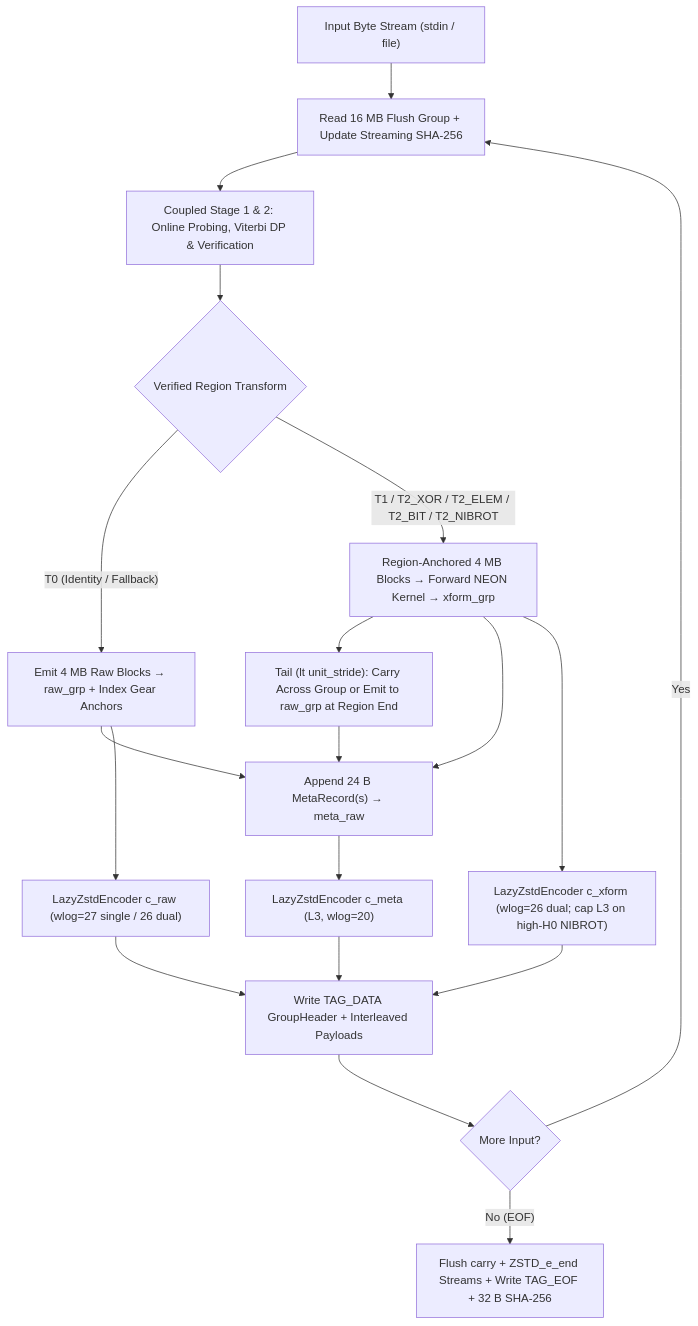
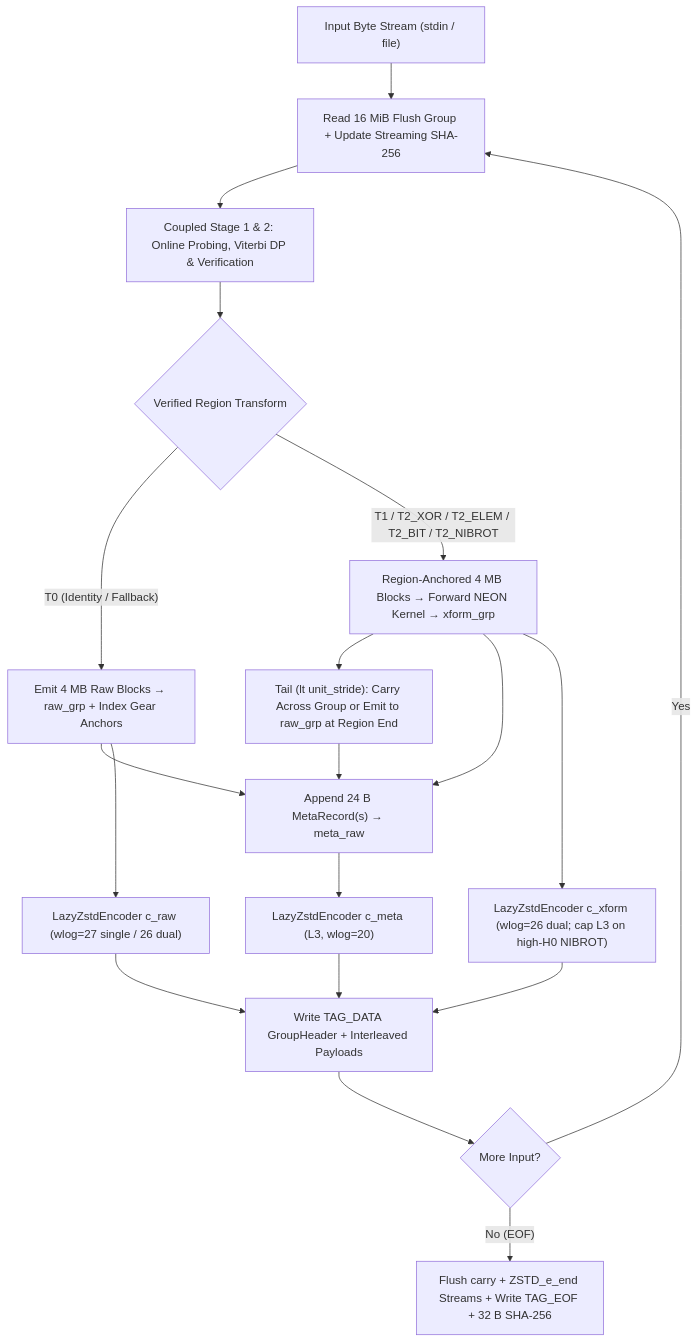
The first of 8 diagrams in ARCHITECTURE.md (austinjohnathand-code/asv4-compression), drawn with Mermaid before and after one commit. The commit also changed other lines of this file, not shown here.

Commit message:
Docs: 16 MiB flush-group labels in ARCHITECTURE.md Mermaid diagrams

````diff
--- a/ARCHITECTURE.md
+++ b/ARCHITECTURE.md
@@ -11,26 +11,26 @@
 ```mermaid
 flowchart TD
-    IN["Input Byte Stream (stdin / file)"] --> FG["Read 16 MB Flush Group + Update Streaming SHA-256"]
+    IN["Input Byte Stream (stdin / file)"] --> FG["Read 16 MiB Flush Group + Update Streaming SHA-256"]
     FG --> S12["Coupled Stage 1 & 2: Online Probing, Viterbi DP & Verification"]
 
     S12 --> REG{"Verified Region Transform"}
     REG -->|"T0 (Identity / Fallback)"| RAW_EMIT["Emit 4 MB Raw Blocks → raw_grp + Index Gear Anchors"]
     REG -->|"T1 / T2_XOR / T2_ELEM / T2_BIT / T2_NIBROT"| XF_EMIT["Region-Anchored 4 MB Blocks → Forward NEON Kernel → xform_grp"]
 
     RAW_EMIT --> META_Q["Append 24 B MetaRecord(s) → meta_raw"]
     XF_EMIT --> CARRY["Tail (lt unit_stride): Carry Across Group or Emit to raw_grp at Region End"]
     XF_EMIT --> META_Q
     CARRY --> META_Q
 
     META_Q --> Z_META["LazyZstdEncoder c_meta (L3, wlog=20)"]
     RAW_EMIT --> Z_RAW["LazyZstdEncoder c_raw (wlog=27 single / 26 dual)"]
     XF_EMIT --> Z_XF["LazyZstdEncoder c_xform (wlog=26 dual; cap L3 on high-H0 NIBROT)"]
 
     Z_META --> WRITE["Write TAG_DATA GroupHeader + Interleaved Payloads"]
     Z_RAW --> WRITE
     Z_XF --> WRITE
 
     WRITE --> LOOP{"More Input?"}
     LOOP -->|"Yes"| FG
     LOOP -->|"No (EOF)"| FIN["Flush carry + ZSTD_e_end Streams + Write TAG_EOF + 32 B SHA-256"]
 ```
````
